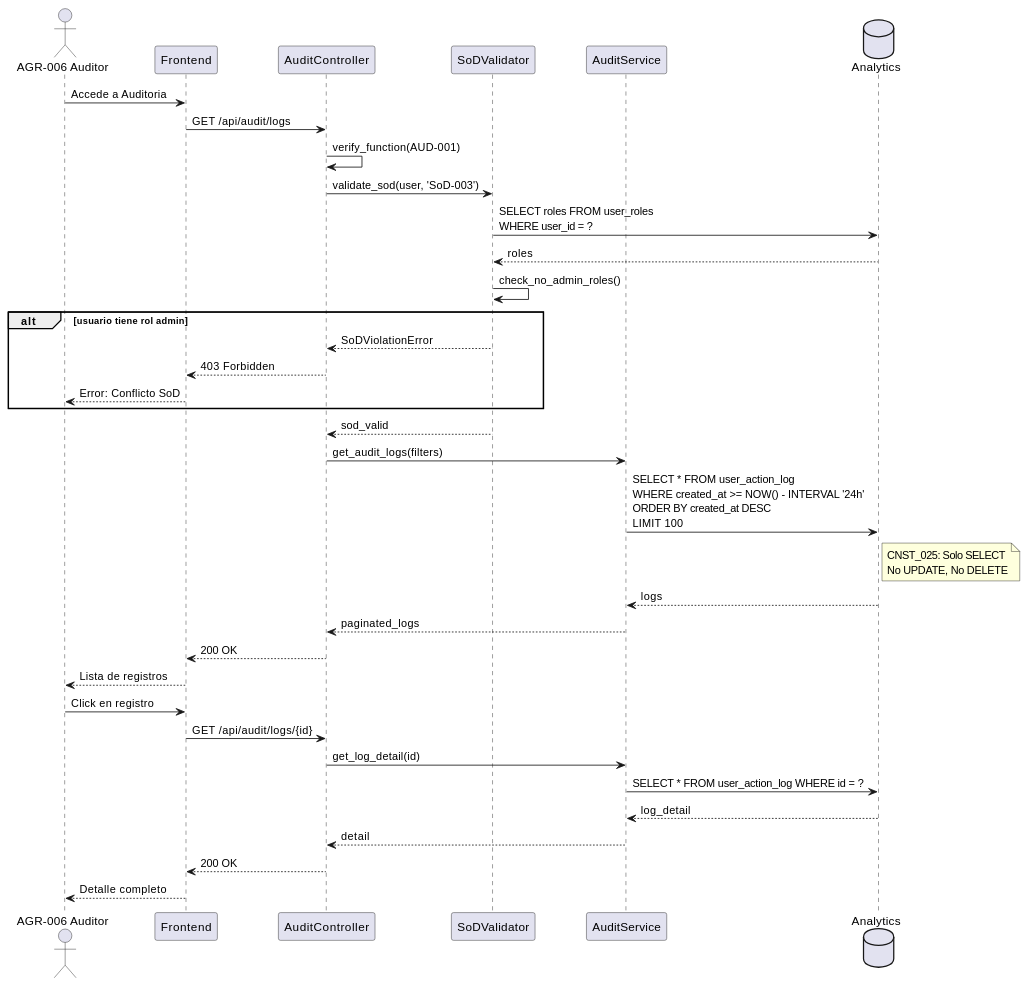
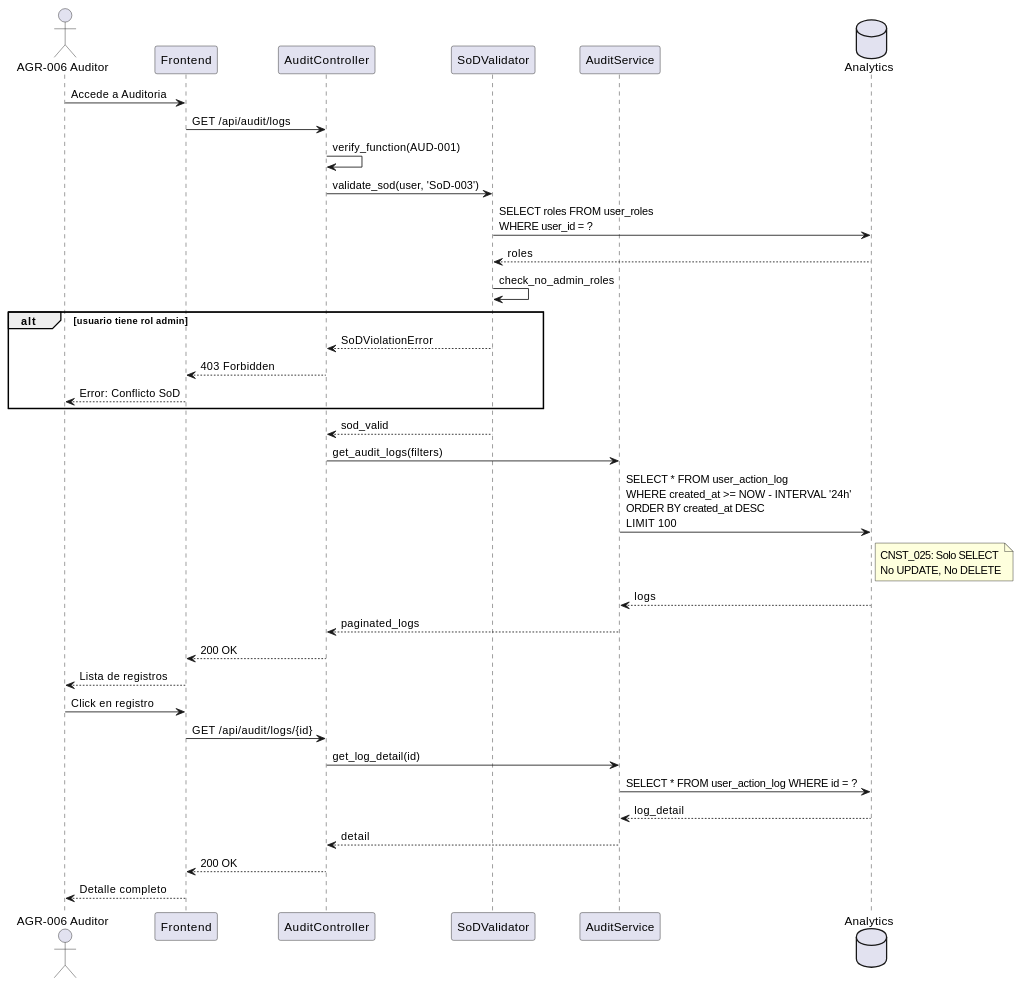
The second of 3 diagrams in source/requisitos/casos_uso/audit/UC_AUD_01_Consultar_Auditoria.rst (jcg-admin/IACT-docs), drawn with PlantUML before and after one commit. The commit also changed other lines of this file and 376 other files, not shown here.

```diff
--- a/source/requisitos/casos_uso/audit/UC_AUD_01_Consultar_Auditoria.rst
+++ b/source/requisitos/casos_uso/audit/UC_AUD_01_Consultar_Auditoria.rst
@@ -167,48 +167,48 @@
 .. uml::
-   :caption: Diagrama de Secuencia - UC_AUD_01
+ :caption: Diagrama de Secuencia - UC_AUD_01
 
-   @startuml
-   actor "AGR-006 Auditor" as A
-   participant "Frontend" as FE
-   participant "AuditController" as AC
-   participant "SoDValidator" as SOD
-   participant "AuditService" as AS
-   database "Analytics" as DB
+ @startuml
+ actor "AGR-006 Auditor" as A
+ participant "Frontend" as FE
+ participant "AuditController" as AC
+ participant "SoDValidator" as SOD
+ participant "AuditService" as AS
+ database "Analytics" as DB
 
-   A -> FE: Accede a Auditoria
-   FE -> AC: GET /api/audit/logs
-   AC -> AC: verify_function(AUD-001)
+ A -> FE: Accede a Auditoria
+ FE -> AC: GET /api/audit/logs
+ AC -> AC: verify_function(AUD-001)
 
-   AC -> SOD: validate_sod(user, 'SoD-003')
-   SOD -> DB: SELECT roles FROM user_roles\nWHERE user_id = ?
-   DB --> SOD: roles
-   SOD -> SOD: check_no_admin_roles()
+ AC -> SOD: validate_sod(user, 'SoD-003')
+ SOD -> DB: SELECT roles FROM user_roles\nWHERE user_id = ?
+ DB --> SOD: roles
+ SOD -> SOD: check_no_admin_roles
 
-   alt usuario tiene rol admin
-     SOD --> AC: SoDViolationError
-     AC --> FE: 403 Forbidden
-     FE --> A: Error: Conflicto SoD
-   end
+ alt usuario tiene rol admin
+ SOD --> AC: SoDViolationError
+ AC --> FE: 403 Forbidden
+ FE --> A: Error: Conflicto SoD
+ end
 
-   SOD --> AC: sod_valid
+ SOD --> AC: sod_valid
 
-   AC -> AS: get_audit_logs(filters)
-   AS -> DB: SELECT * FROM user_action_log\nWHERE created_at >= NOW() - INTERVAL '24h'\nORDER BY created_at DESC\nLIMIT 100
-   note right of DB
-     CNST_025: Solo SELECT
-     No UPDATE, No DELETE
-   end note
-   DB --> AS: logs
-   AS --> AC: paginated_logs
-   AC --> FE: 200 OK
-   FE --> A: Lista de registros
+ AC -> AS: get_audit_logs(filters)
+ AS -> DB: SELECT * FROM user_action_log\nWHERE created_at >= NOW - INTERVAL '24h'\nORDER BY created_at DESC\nLIMIT 100
+ note right of DB
+ CNST_025: Solo SELECT
+ No UPDATE, No DELETE
+ end note
+ DB --> AS: logs
+ AS --> AC: paginated_logs
+ AC --> FE: 200 OK
+ FE --> A: Lista de registros
 
-   A -> FE: Click en registro
-   FE -> AC: GET /api/audit/logs/{id}
-   AC -> AS: get_log_detail(id)
-   AS -> DB: SELECT * FROM user_action_log WHERE id = ?
-   DB --> AS: log_detail
-   AS --> AC: detail
-   AC --> FE: 200 OK
-   FE --> A: Detalle completo
-   @enduml
+ A -> FE: Click en registro
+ FE -> AC: GET /api/audit/logs/{id}
+ AC -> AS: get_log_detail(id)
+ AS -> DB: SELECT * FROM user_action_log WHERE id = ?
+ DB --> AS: log_detail
+ AS --> AC: detail
+ AC --> FE: 200 OK
+ FE --> A: Detalle completo
+ @enduml
```
